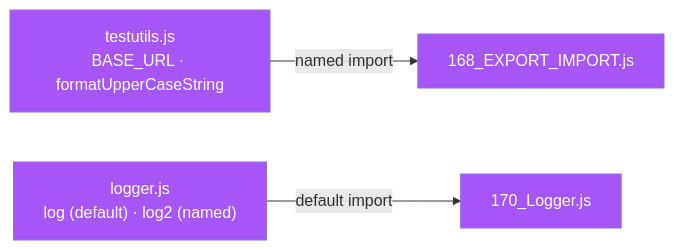
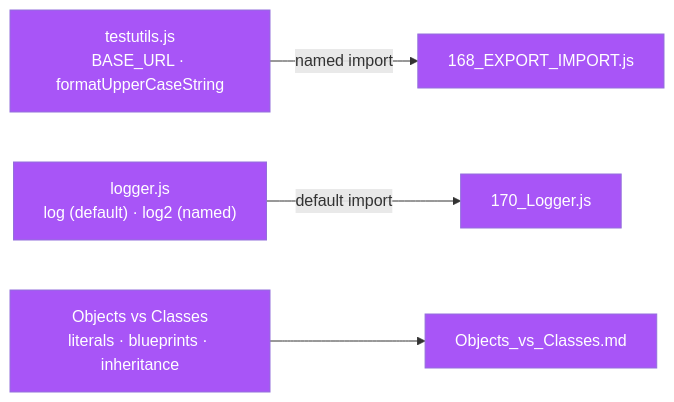
Before and after one commit to Hemalatha-R17/Playwright: diagram 21 of 21 in README.md, drawn with Mermaid. The commit also changed other lines of this file and 1 other file, not shown here.

First line of the commit message:
Add Objects vs Classes explainer and update README for Chapter 20

````diff
--- a/README.md
+++ b/README.md
@@ -905,9 +905,12 @@
 ```mermaid
 flowchart LR
     TU["testutils.js<br/>BASE_URL · formatUpperCaseString"] -->|named import| EI["168_EXPORT_IMPORT.js"]
     L["logger.js<br/>log (default) · log2 (named)"] -->|default import| LG["170_Logger.js"]
+    OC["Objects vs Classes<br/>literals · blueprints · inheritance"] --> OCD["Objects_vs_Classes.md"]
     style TU fill:#a855f7,color:#fff
     style L fill:#a855f7,color:#fff
     style EI fill:#a855f7,color:#fff
     style LG fill:#a855f7,color:#fff
+    style OC fill:#a855f7,color:#fff
+    style OCD fill:#a855f7,color:#fff
 ```
````
